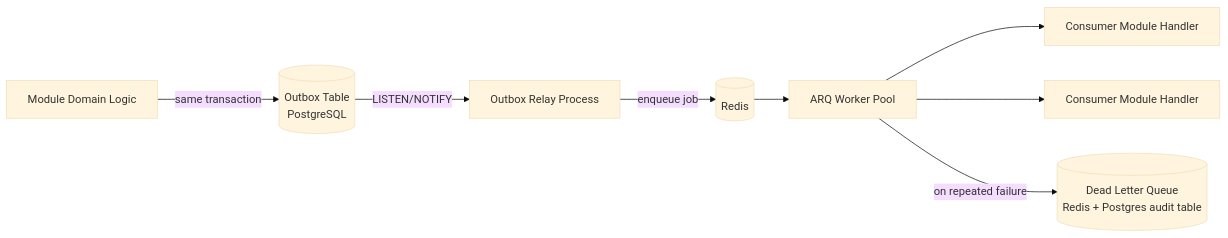
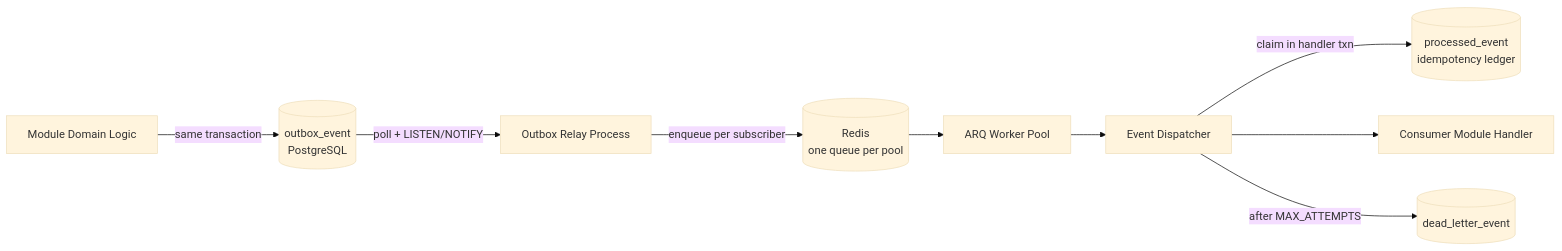
Before and after one commit to GaneshDabhade/Fortune_Signora: the second of 2 diagrams in docs/architecture/06-events.md, drawn with Mermaid (base theme). The commit also changed other lines of this file and 43 other files, not shown here.

````diff
--- a/docs/architecture/06-events.md
+++ b/docs/architecture/06-events.md
@@ -128,10 +146,11 @@
 ```mermaid
 flowchart LR
-    Domain[Module Domain Logic] -->|same transaction| Outbox[(Outbox Table<br/>PostgreSQL)]
-    Outbox -->|LISTEN/NOTIFY| Relay[Outbox Relay Process]
-    Relay -->|enqueue job| Redis[(Redis)]
+    Domain[Module Domain Logic] -->|same transaction| Outbox[(outbox_event<br/>PostgreSQL)]
+    Outbox -->|poll + LISTEN/NOTIFY| Relay[Outbox Relay Process]
+    Relay -->|enqueue per subscriber| Redis[(Redis<br/>one queue per pool)]
     Redis --> ARQWorker[ARQ Worker Pool]
-    ARQWorker --> Handler1[Consumer Module Handler]
-    ARQWorker --> Handler2[Consumer Module Handler]
-    ARQWorker -->|on repeated failure| DLQ[(Dead Letter Queue<br/>Redis + Postgres audit table)]
+    ARQWorker --> Dispatcher[Event Dispatcher]
+    Dispatcher -->|claim in handler txn| Processed[(processed_event<br/>idempotency ledger)]
+    Dispatcher --> Handler[Consumer Module Handler]
+    Dispatcher -->|after MAX_ATTEMPTS| DLQ[(dead_letter_event)]
 ```
````
